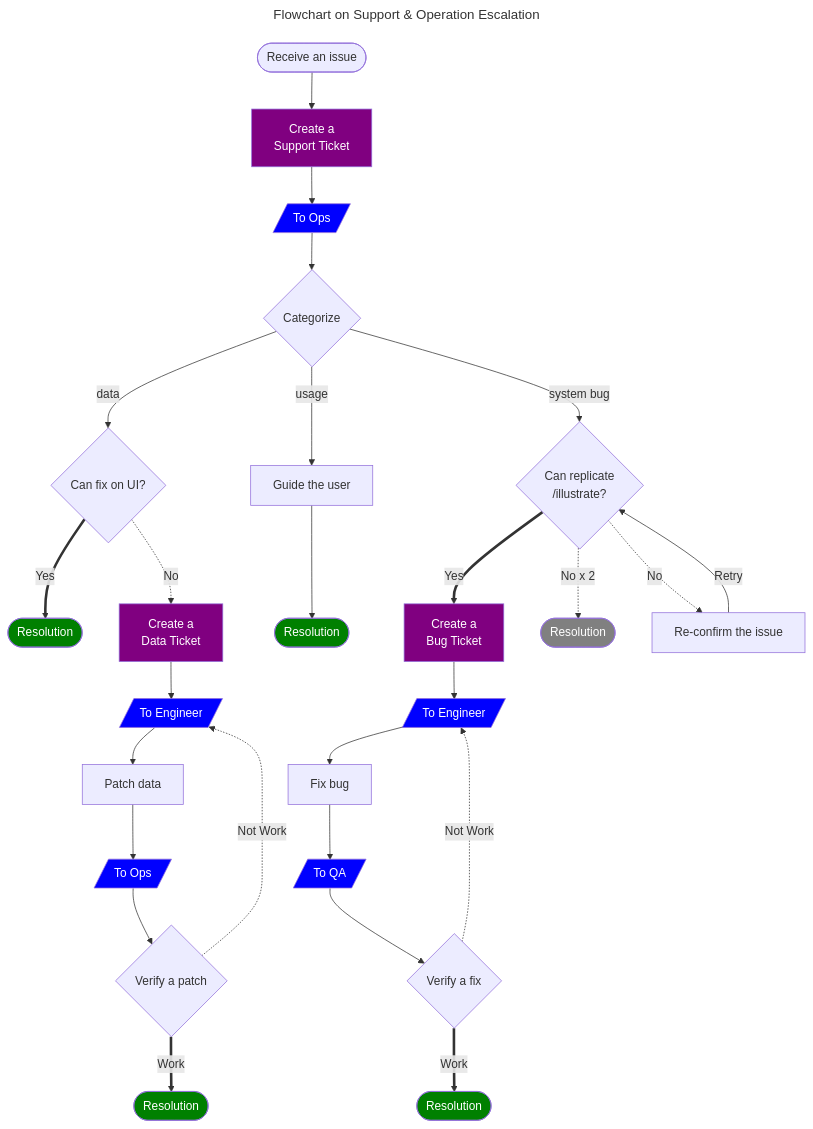
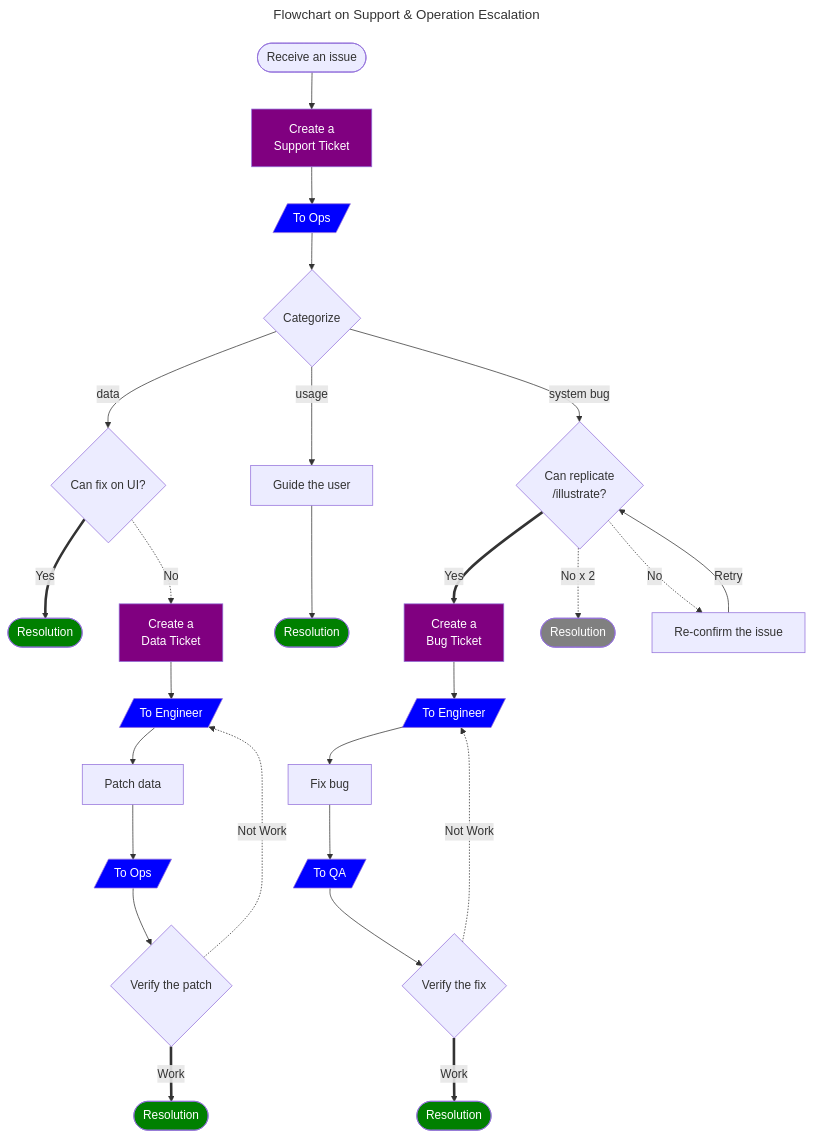
The diagram in how-we-operate/escalation.md (adamwan-nexplore/guidebook-nxp-hk), drawn with Mermaid before and after one commit. The commit also changed 31 other files, not shown here.

```diff
--- a/how-we-operate/escalation.md
+++ b/how-we-operate/escalation.md
@@ -28,8 +28,8 @@
   categorize{Categorize}
   data-solution{Can fix on UI?}
   system-bugs{Can replicate<br />/illustrate?}
-  data-verify{Verify a patch}
-  verify{Verify a fix}
+  data-verify{Verify the patch}
+  verify{Verify the fix}
 
   %% change of operator
   ops-escalate[/To Ops/]
```
